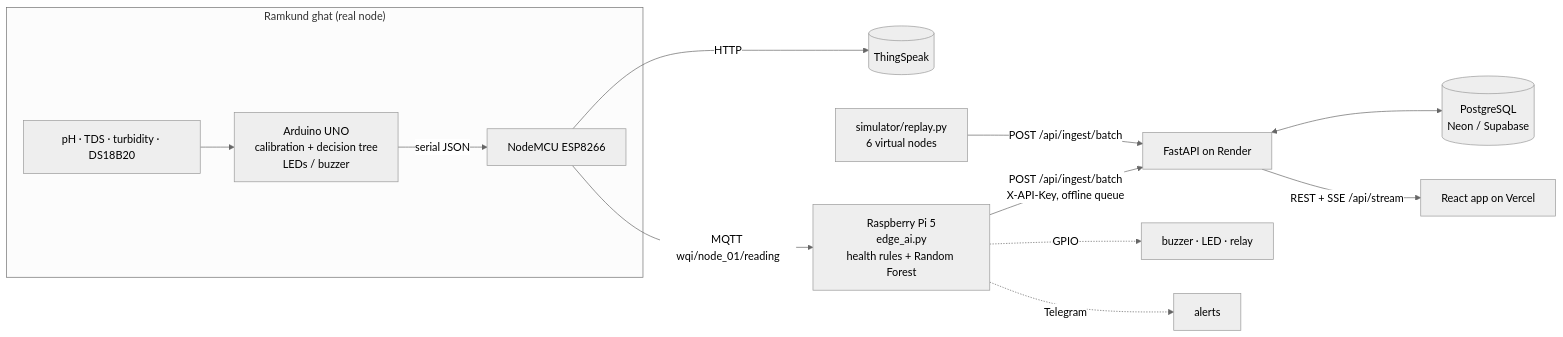
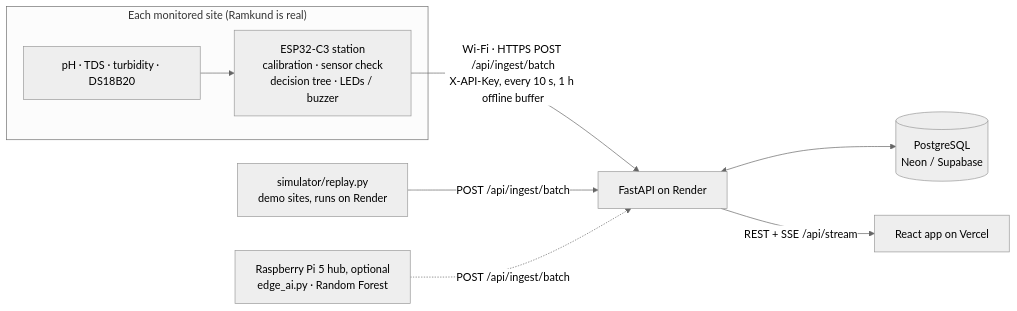
One commit to knightspan/Nashik-Water changed the diagram in README.md. Above: the diagram before and after it, drawn with Mermaid (neutral theme). The commit also changed other lines of this file and 21 other files, not shown here.

First line of the commit message:
ESP32-C3 field station posting straight to the cloud; simulator runs on Render

````diff
--- a/README.md
+++ b/README.md
@@ -32,15 +32,11 @@
 ```mermaid
 flowchart LR
-  subgraph Site["Ramkund ghat (real node)"]
-    S[pH · TDS · turbidity · DS18B20] --> A[Arduino UNO<br/>calibration + decision tree<br/>LEDs / buzzer]
-    A -- serial JSON --> E[NodeMCU ESP8266]
+  subgraph Site["Each monitored site (Ramkund is real)"]
+    S[pH · TDS · turbidity · DS18B20] --> C[ESP32-C3 station<br/>calibration · sensor check<br/>decision tree · LEDs / buzzer]
   end
-  E -- HTTP --> TS[(ThingSpeak)]
-  E -- MQTT wqi/node_01/reading --> P[Raspberry Pi 5<br/>edge_ai.py<br/>health rules + Random Forest]
-  P -- "POST /api/ingest/batch<br/>X-API-Key, offline queue" --> B[FastAPI on Render]
-  SIM[simulator/replay.py<br/>6 virtual nodes] -- "POST /api/ingest/batch" --> B
+  C -- "Wi-Fi · HTTPS POST /api/ingest/batch<br/>X-API-Key, every 10 s, 1 h offline buffer" --> B[FastAPI on Render]
+  SIM[simulator/replay.py<br/>demo sites, runs on Render] -- "POST /api/ingest/batch" --> B
   B <--> DB[(PostgreSQL<br/>Neon / Supabase)]
   B -- "REST + SSE /api/stream" --> F[React app on Vercel]
-  P -. GPIO .-> AL[buzzer · LED · relay]
-  P -. Telegram .-> T[alerts]
+  P[Raspberry Pi 5 hub, optional<br/>edge_ai.py · Random Forest] -. "POST /api/ingest/batch" .-> B
 ```
````
